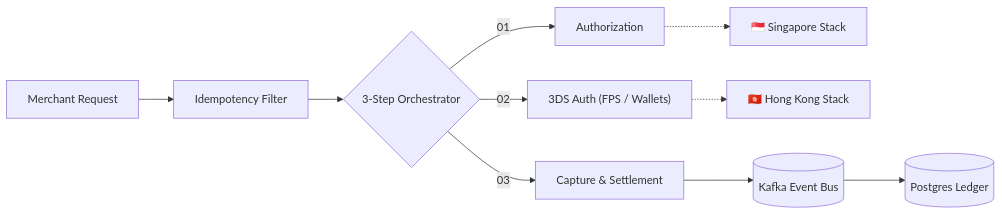
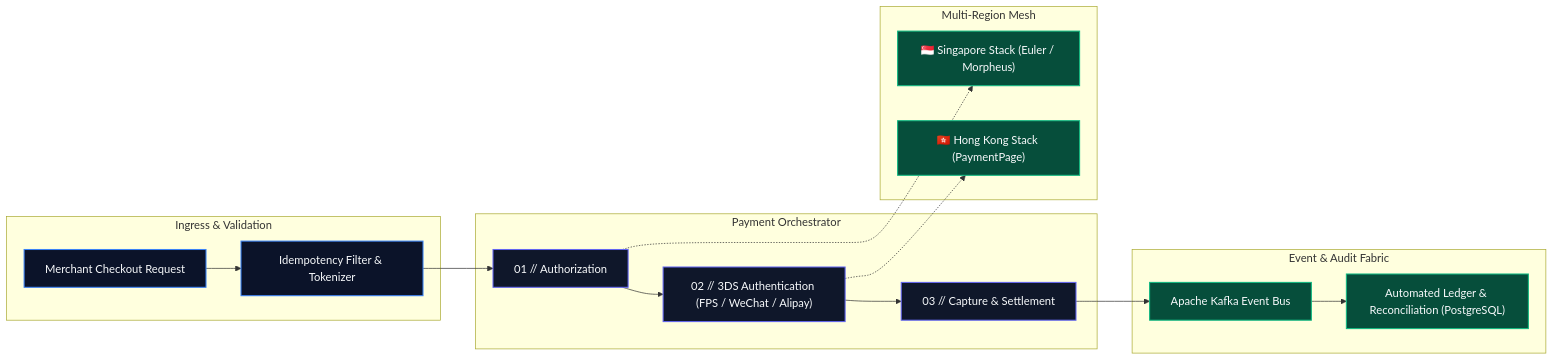
Before and after one commit to vjsujal/vjsujal: the first of 2 diagrams in README.md, drawn with Mermaid. The commit also changed other lines of this file and 4 other files, not shown here.

````diff
--- a/README.md
+++ b/README.md
@@ -50,12 +50,29 @@
 ```mermaid
 flowchart LR
-    REQ["Merchant Request"] --> IDEM["Idempotency Filter"]
-    IDEM --> ORCH{"3-Step Orchestrator"}
-    ORCH -->|01| AUTH["Authorization"]
-    ORCH -->|02| THREE_DS["3DS Auth (FPS / Wallets)"]
-    ORCH -->|03| CAPTURE["Capture & Settlement"]
-    AUTH -.-> SG["🇸🇬 Singapore Stack"]
-    THREE_DS -.-> HK["🇭🇰 Hong Kong Stack"]
-    CAPTURE --> KAFKA[("Kafka Event Bus")]
-    KAFKA --> RECON[("Postgres Ledger")]
+    subgraph INGRESS ["Ingress & Validation"]
+        REQ["Merchant Checkout Request"] --> IDEM["Idempotency Filter & Tokenizer"]
+    end
+
+    subgraph ORCHESTRATOR ["Payment Orchestrator"]
+        IDEM --> STEP1["01 // Authorization"]
+        STEP1 --> STEP2["02 // 3DS Authentication (FPS / WeChat / Alipay)"]
+        STEP2 --> STEP3["03 // Capture & Settlement"]
+    end
+
+    subgraph MESH ["Multi-Region Mesh"]
+        STEP1 -.-> SG["🇸🇬 Singapore Stack (Euler / Morpheus)"]
+        STEP2 -.-> HK["🇭🇰 Hong Kong Stack (PaymentPage)"]
+    end
+
+    subgraph FABRIC ["Event & Audit Fabric"]
+        STEP3 --> KAFKA["Apache Kafka Event Bus"]
+        KAFKA --> RECON["Automated Ledger & Reconciliation (PostgreSQL)"]
+    end
+
+    classDef primary fill:#0b1329,stroke:#3b82f6,stroke-width:1.5px,color:#f8fafc;
+    classDef accent fill:#0f172a,stroke:#6366f1,stroke-width:1.5px,color:#f8fafc;
+    classDef success fill:#064e3b,stroke:#10b981,stroke-width:1.5px,color:#f8fafc;
+    class REQ,IDEM primary;
+    class STEP1,STEP2,STEP3 accent;
+    class SG,HK,KAFKA,RECON success;
 ```
````
